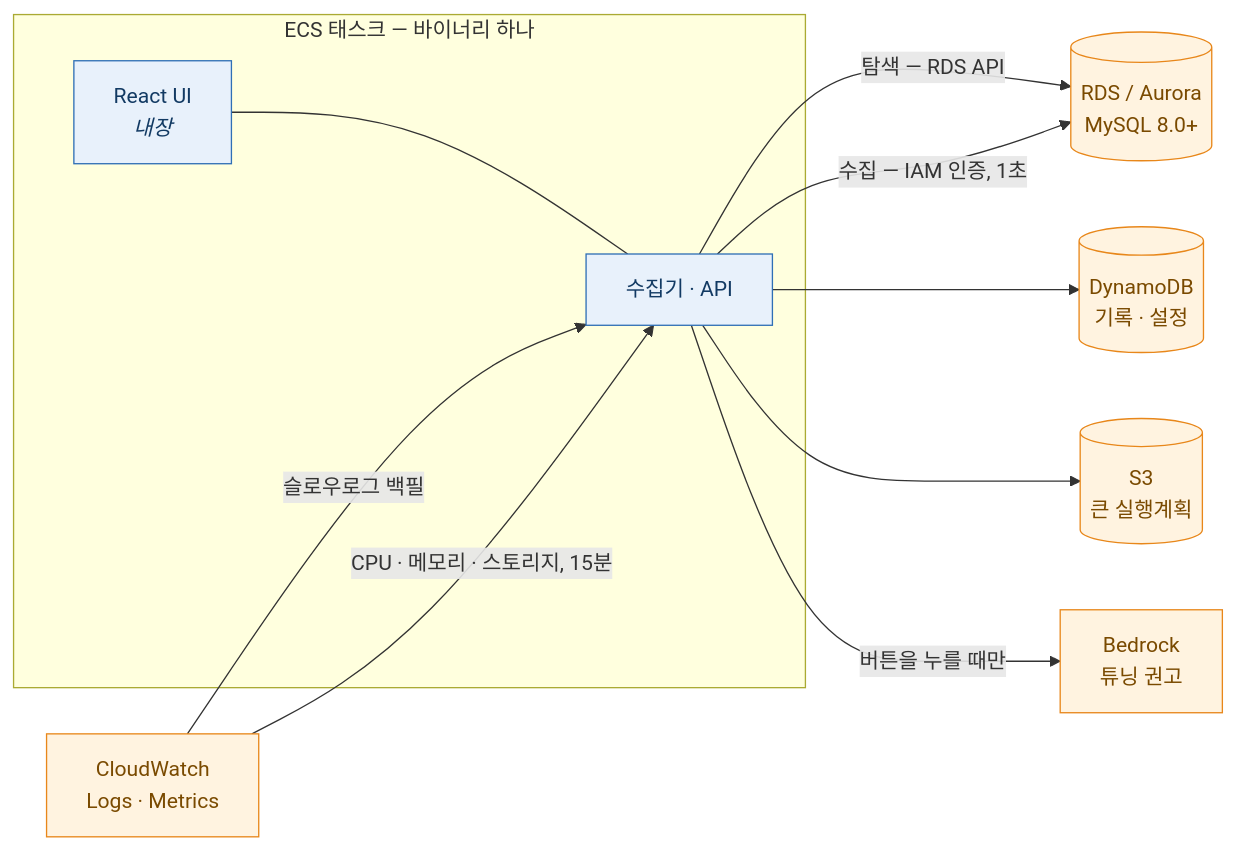
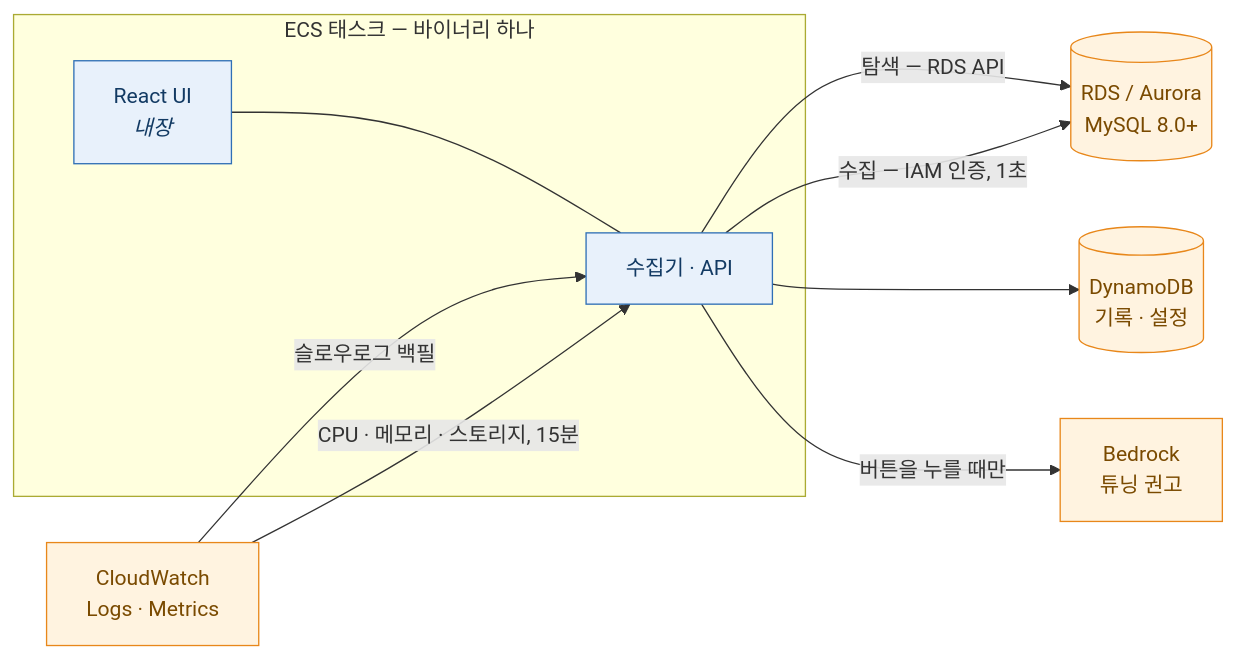
The diagram in README.ko.md (TeiNam/aws-mysql-monitor), drawn with Mermaid before and after one commit. The commit also changed 5 other files, not shown here.

````diff
--- a/README.ko.md
+++ b/README.ko.md
@@ -8,27 +8,25 @@
 ```mermaid
 flowchart LR
     subgraph task["ECS 태스크 — 바이너리 하나"]
         ui["React UI<br/><i>내장</i>"]
         app["수집기 · API"]
         ui --- app
     end
 
     db[("RDS / Aurora<br/>MySQL 8.0+")]
     cw["CloudWatch<br/>Logs · Metrics"]
     ddb[("DynamoDB<br/>기록 · 설정")]
-    s3[("S3<br/>큰 실행계획")]
     br["Bedrock<br/>튜닝 권고"]
 
     app -->|"탐색 — RDS API"| db
     app -->|"수집 — IAM 인증, 1초"| db
     cw  -->|"슬로우로그 백필"| app
     cw  -->|"CPU · 메모리 · 스토리지, 15분"| app
     app --> ddb
-    app --> s3
     app -->|"버튼을 누를 때만"| br
 
     classDef aws fill:#fff3e0,stroke:#e8871a,color:#7a4a00
     classDef own fill:#e8f1fb,stroke:#2f6fb5,color:#123a63
-    class db,cw,ddb,s3,br aws
+    class db,cw,ddb,br aws
     class ui,app own
 ```
````
